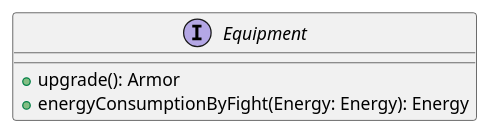
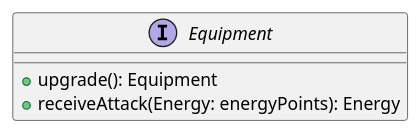
Before and after one commit to PabloGCH/tp2-algo3: the diagram in diagrams/classes/Equipment/Equipment.puml, drawn with PlantUML. The commit also changed 9 other files, not shown here.

Commit message:
Upgrade Equipment diagrams, 2 diagram explaining its relationship with Gladiator and Energy

```diff
--- a/diagrams/classes/Equipment/Equipment.puml
+++ b/diagrams/classes/Equipment/Equipment.puml
@@ -1,6 +1,6 @@
 @startuml
 Interface Equipment {
-    +upgrade(): Armor
-    +energyConsumptionByFight(Energy: Energy): Energy
+    +upgrade(): Equipment
+    +receiveAttack(Energy: energyPoints): Energy
 }
 @enduml
```
